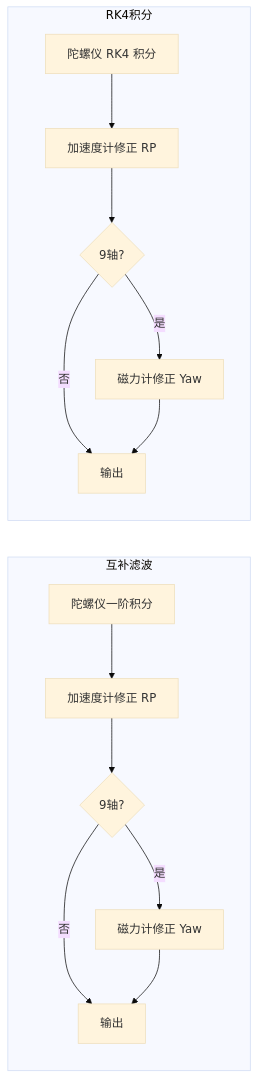
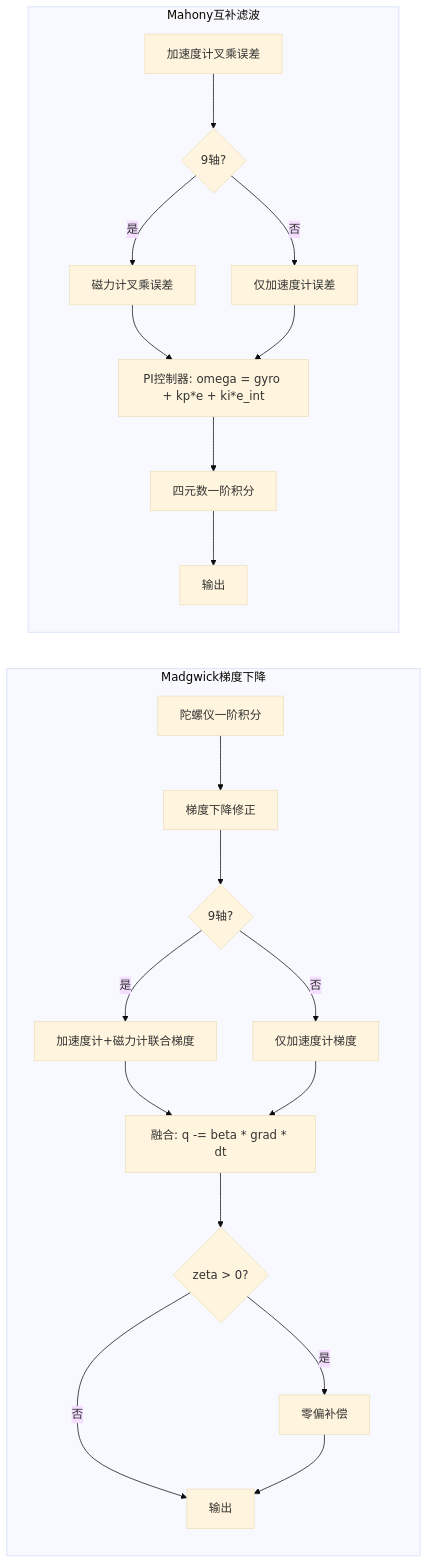
Before and after one commit to RichExplor/imu_driver_ros: the tenth of 10 diagrams in plans/architecture_design.md, drawn with Mermaid (base theme). The commit also changed other lines of this file, not shown here.

````diff
--- a/plans/architecture_design.md
+++ b/plans/architecture_design.md
@@ -672,18 +893,25 @@
 ```mermaid
 flowchart LR
-    subgraph 互补滤波
-        CF1[陀螺仪一阶积分] --> CF2[加速度计修正 RP]
-        CF2 --> CF3{9轴?}
-        CF3 -- 是 --> CF4[磁力计修正 Yaw]
-        CF3 -- 否 --> CF5[输出]
-        CF4 --> CF5
+    subgraph Madgwick梯度下降
+        M1[陀螺仪一阶积分] --> M2[梯度下降修正]
+        M2 --> M3{9轴?}
+        M3 -- 是 --> M4[加速度计+磁力计联合梯度]
+        M3 -- 否 --> M5[仅加速度计梯度]
+        M4 --> M6[融合: q -= beta * grad * dt]
+        M5 --> M6
+        M6 --> M7{zeta > 0?}
+        M7 -- 是 --> M8[零偏补偿]
+        M7 -- 否 --> M9[输出]
+        M8 --> M9
     end
 
-    subgraph RK4积分
-        RK1[陀螺仪 RK4 积分] --> RK2[加速度计修正 RP]
-        RK2 --> RK3{9轴?}
-        RK3 -- 是 --> RK4[磁力计修正 Yaw]
-        RK3 -- 否 --> RK5[输出]
-        RK4 --> RK5
+    subgraph Mahony互补滤波
+        H1[加速度计叉乘误差] --> H2{9轴?}
+        H2 -- 是 --> H3[磁力计叉乘误差]
+        H2 -- 否 --> H4[仅加速度计误差]
+        H3 --> H5[PI控制器: omega = gyro + kp*e + ki*e_int]
+        H4 --> H5
+        H5 --> H6[四元数一阶积分]
+        H6 --> H7[输出]
     end
 ```
````
